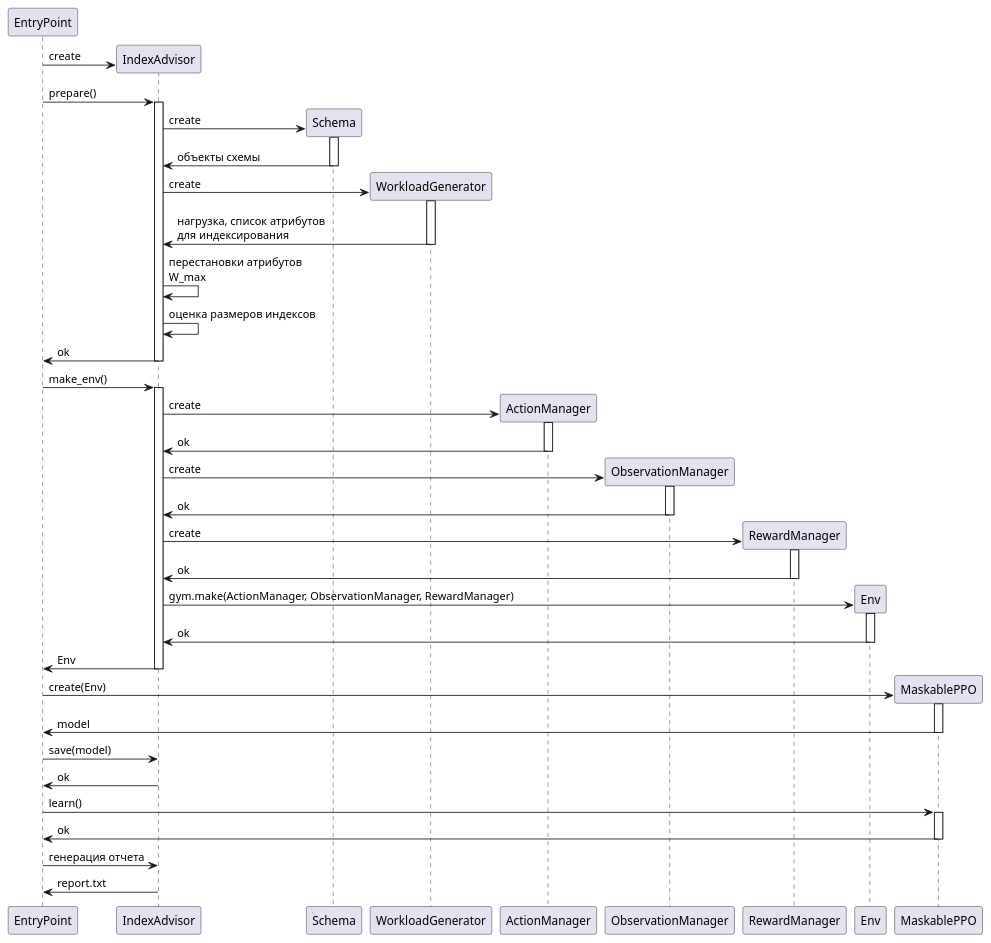
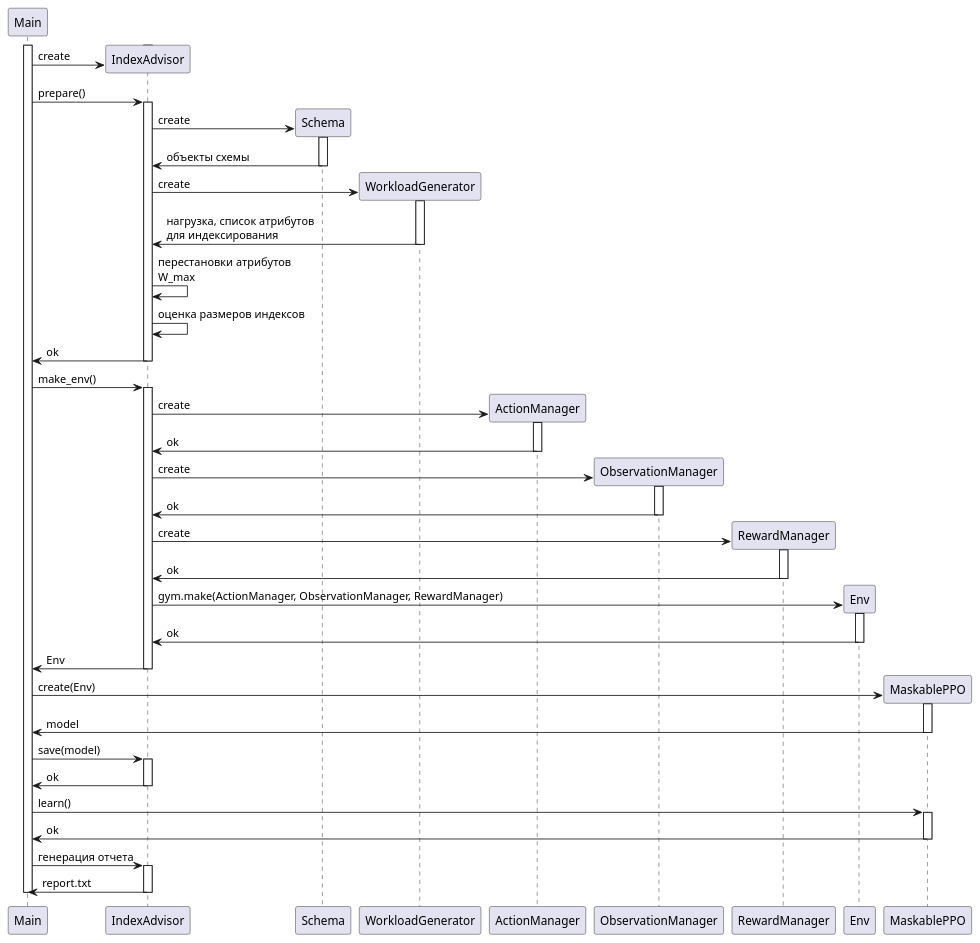
Before and after one commit to ShapovalovaIrina/PG-Index-Advisor: the diagram in diagrams/sequence_diagram_entry_point.puml, drawn with PlantUML. The commit also changed 1 other file, not shown here.

Commit message:
Change sequence diagram

```diff
--- a/diagrams/sequence_diagram_entry_point.puml
+++ b/diagrams/sequence_diagram_entry_point.puml
@@ -1,82 +1,92 @@
 @startuml
 'https://plantuml.com/sequence-diagram
 
 skinparam responseMessageBelowArrow true
 
-participant EntryPoint
+participant Main
+
+activate Main
 
 create IndexAdvisor
-EntryPoint -> IndexAdvisor : create
+activate IndexAdvisor
+Main -> IndexAdvisor : create
+deactivate IndexAdvisor
 
-EntryPoint -> IndexAdvisor : prepare()
+Main -> IndexAdvisor : prepare()
 activate IndexAdvisor
 
 create Schema
 
 IndexAdvisor -> Schema : create
 activate Schema
 Schema -> IndexAdvisor : объекты схемы
 deactivate Schema
 
 create WorkloadGenerator
 IndexAdvisor -> WorkloadGenerator : create
 activate WorkloadGenerator
 WorkloadGenerator -> IndexAdvisor : нагрузка, список атрибутов \nдля индексирования
 deactivate WorkloadGenerator
 
 IndexAdvisor -> IndexAdvisor : перестановки атрибутов \nW_max
 
 IndexAdvisor -> IndexAdvisor : оценка размеров индексов
 
-IndexAdvisor -> EntryPoint : ok
+IndexAdvisor -> Main : ok
 deactivate IndexAdvisor
 
 
-EntryPoint -> IndexAdvisor : make_env()
+Main -> IndexAdvisor : make_env()
 activate IndexAdvisor
 
 create ActionManager
 IndexAdvisor -> ActionManager : create
 activate ActionManager
 ActionManager -> IndexAdvisor : ok
 deactivate ActionManager
 
 create ObservationManager
 IndexAdvisor -> ObservationManager : create
 activate ObservationManager
 ObservationManager -> IndexAdvisor : ok
 deactivate ObservationManager
 
 create RewardManager
 IndexAdvisor -> RewardManager : create
 activate RewardManager
 RewardManager -> IndexAdvisor : ok
 deactivate RewardManager
 
 create Env
 IndexAdvisor -> Env : gym.make(ActionManager, ObservationManager, RewardManager)
 activate Env
 Env -> IndexAdvisor : ok
 deactivate Env
 
-IndexAdvisor -> EntryPoint : Env
+IndexAdvisor -> Main : Env
 deactivate IndexAdvisor
 
 create MaskablePPO
-EntryPoint -> MaskablePPO : create(Env)
+Main -> MaskablePPO : create(Env)
 activate MaskablePPO
-MaskablePPO -> EntryPoint : model
+MaskablePPO -> Main : model
 deactivate MaskablePPO
 
-EntryPoint -> IndexAdvisor : save(model)
-IndexAdvisor -> EntryPoint : ok
+Main -> IndexAdvisor : save(model)
+activate IndexAdvisor
+IndexAdvisor -> Main : ok
+deactivate IndexAdvisor
 
-EntryPoint -> MaskablePPO : learn()
+Main -> MaskablePPO : learn()
 activate MaskablePPO
-MaskablePPO -> EntryPoint : ok
+MaskablePPO -> Main : ok
 deactivate MaskablePPO
 
-EntryPoint -> IndexAdvisor : генерация отчета
-IndexAdvisor -> EntryPoint : report.txt
+Main -> IndexAdvisor : генерация отчета
+activate IndexAdvisor
+IndexAdvisor -> Main : report.txt
+deactivate IndexAdvisor
+
+deactivate Main
 
 @enduml
```
